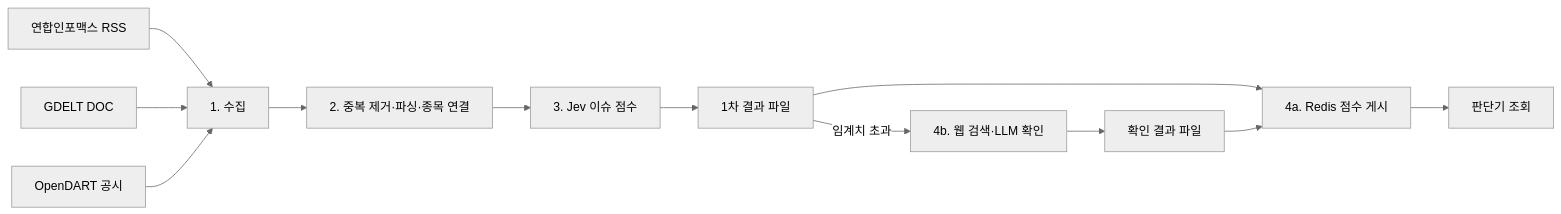
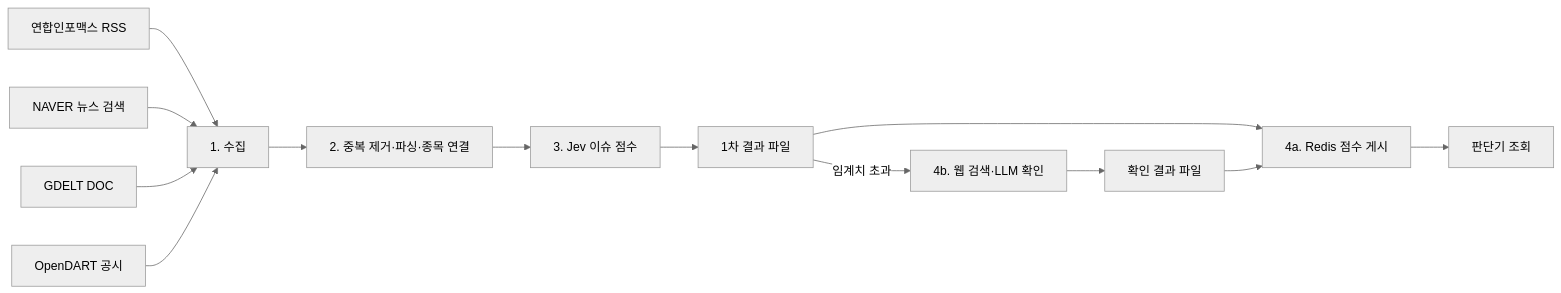
Before and after one commit to ShinYEB/Auto-helm: the diagram in docs/lld/03-event-data.md, drawn with Mermaid (neutral theme). The commit also changed other lines of this file and 13 other files, not shown here.

````diff
--- a/docs/lld/03-event-data.md
+++ b/docs/lld/03-event-data.md
@@ -15,14 +15,15 @@
 ```mermaid
 flowchart LR
     RSS["연합인포맥스 RSS"] --> COLLECT["1. 수집"]
+    NAVER["NAVER 뉴스 검색"] --> COLLECT
     GDELT["GDELT DOC"] --> COLLECT
     DART["OpenDART 공시"] --> COLLECT
     COLLECT --> NORMAL["2. 중복 제거·파싱·종목 연결"]
     NORMAL --> JEV["3. Jev 이슈 점수"]
     JEV --> JOURNAL["1차 결과 파일"]
     JOURNAL --> CACHE["4a. Redis 점수 게시"]
     JOURNAL -->|"임계치 초과"| SEARCH["4b. 웹 검색·LLM 확인"]
     SEARCH --> RESULT["확인 결과 파일"]
     RESULT --> CACHE
     CACHE --> DECISION["판단기 조회"]
 ```
````
